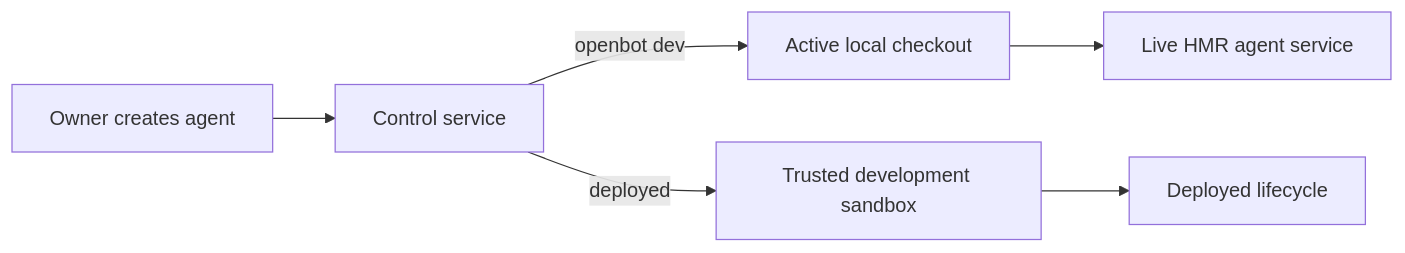
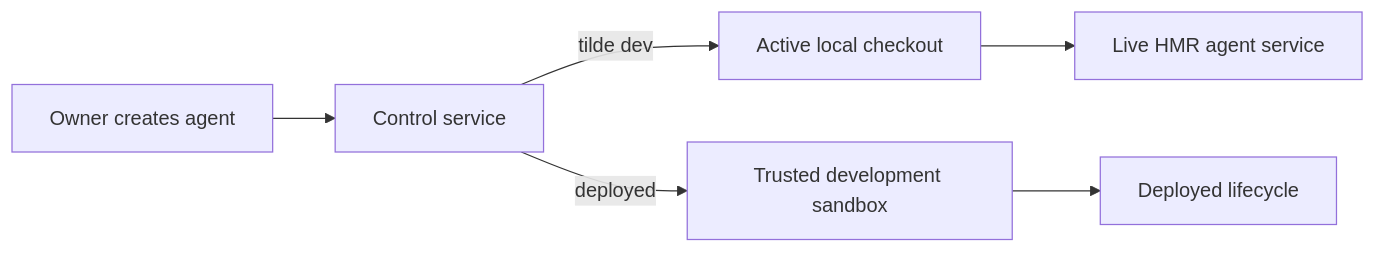
One commit to trytilde/dispatch changed the diagram in docs/updates/88.md. Above: the diagram before and after it, drawn with Mermaid. The commit also changed other lines of this file and 668 other files, not shown here.

````diff
--- a/docs/updates/88.md
+++ b/docs/updates/88.md
@@ -11,8 +11,8 @@
 ```mermaid
 flowchart LR
     UI[Owner creates agent] --> C[Control service]
-    C -->|openbot dev| L[Active local checkout]
+    C -->|tilde dev| L[Active local checkout]
     C -->|deployed| S[Trusted development sandbox]
     L --> H[Live HMR agent service]
     S --> D[Deployed lifecycle]
 ```
````
